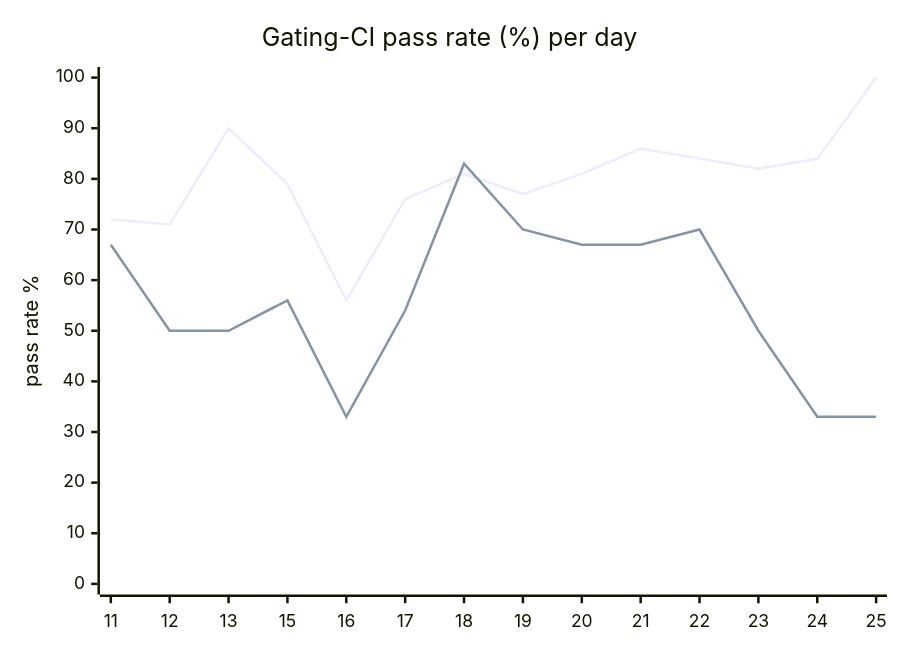
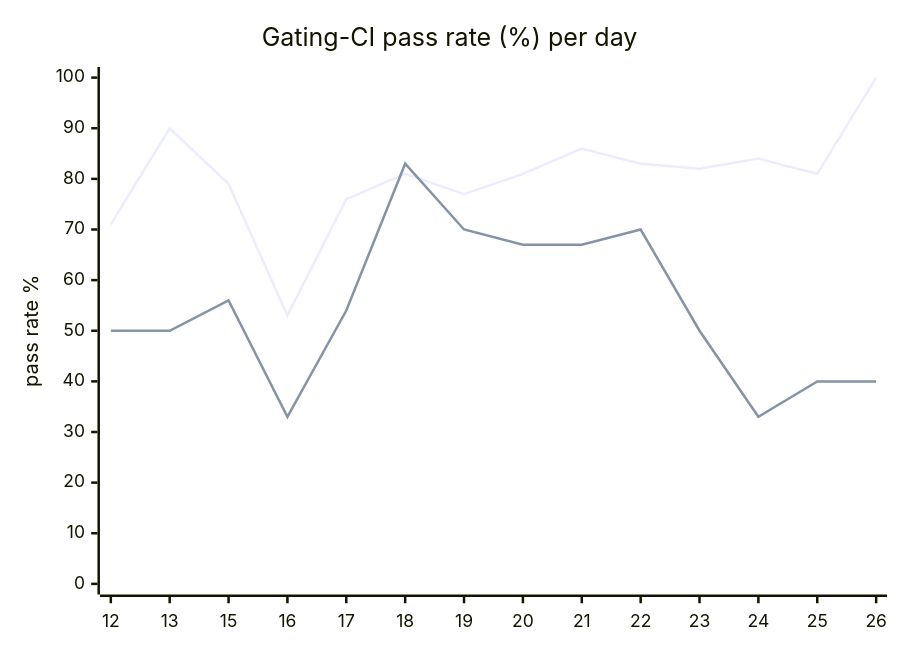
One commit to hatchet-dev/hatchet changed the diagram in hack/ci/ci-dashboard/staging/issue.md. Above: the diagram before and after it, drawn with Mermaid. The commit also changed other lines of this file, not shown here.

````diff
--- a/hack/ci/ci-dashboard/staging/issue.md
+++ b/hack/ci/ci-dashboard/staging/issue.md
@@ -9,8 +9,8 @@
 ```mermaid
 xychart-beta
   title "Gating-CI pass rate (%) per day"
-  x-axis [11, 12, 13, 15, 16, 17, 18, 19, 20, 21, 22, 23, 24, 25]
+  x-axis [12, 13, 15, 16, 17, 18, 19, 20, 21, 22, 23, 24, 25, 26]
   y-axis "pass rate %" 0 --> 100
-  line "CI" [72, 71, 90, 79, 56, 76, 81, 77, 81, 86, 84, 82, 84, 100]
-  line "main" [67, 50, 50, 56, 33, 54, 83, 70, 67, 67, 70, 50, 33, 33]
+  line "CI" [71, 90, 79, 53, 76, 81, 77, 81, 86, 83, 82, 84, 81, 100]
+  line "main" [50, 50, 56, 33, 54, 83, 70, 67, 67, 70, 50, 33, 40, 40]
 ```
````
